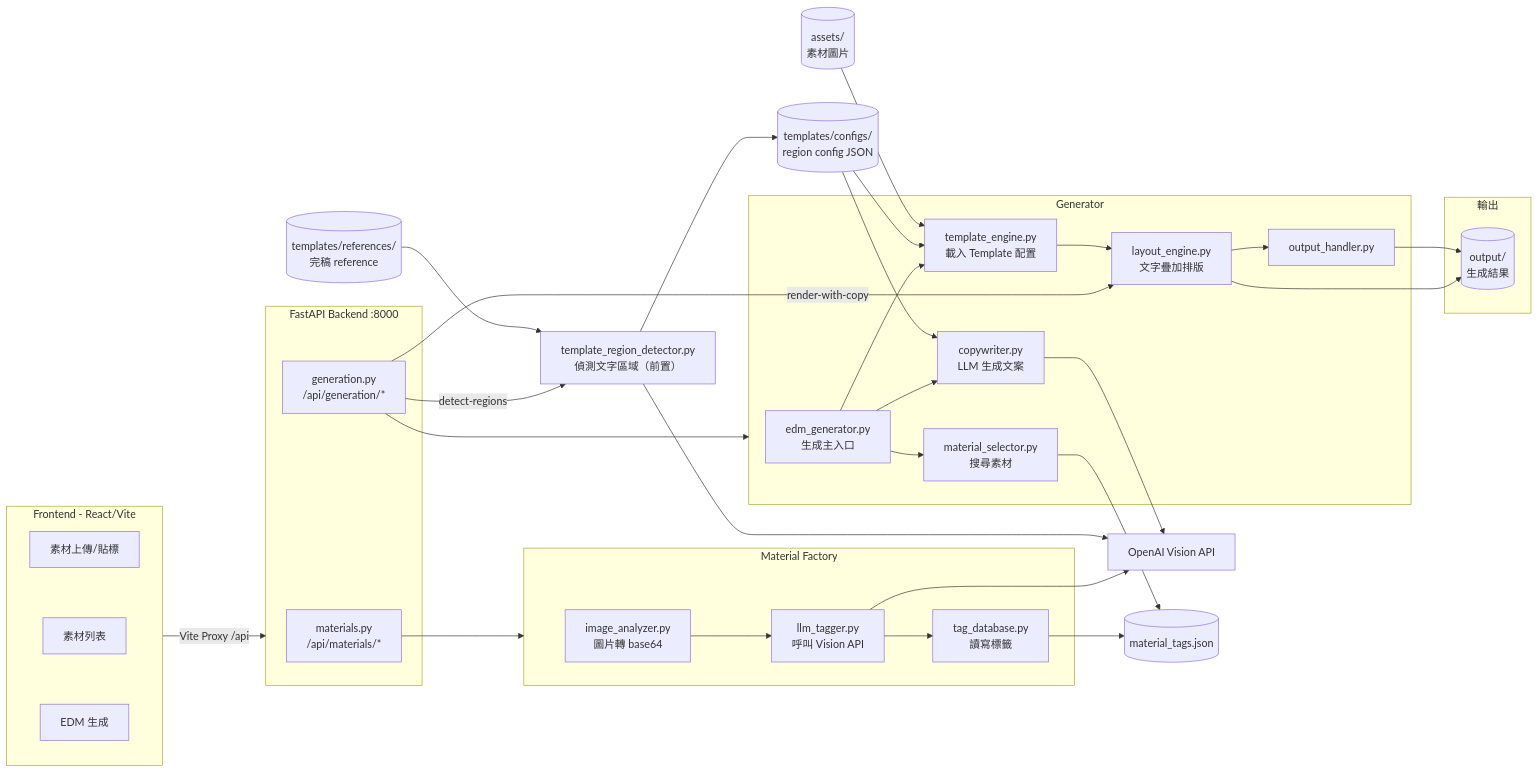
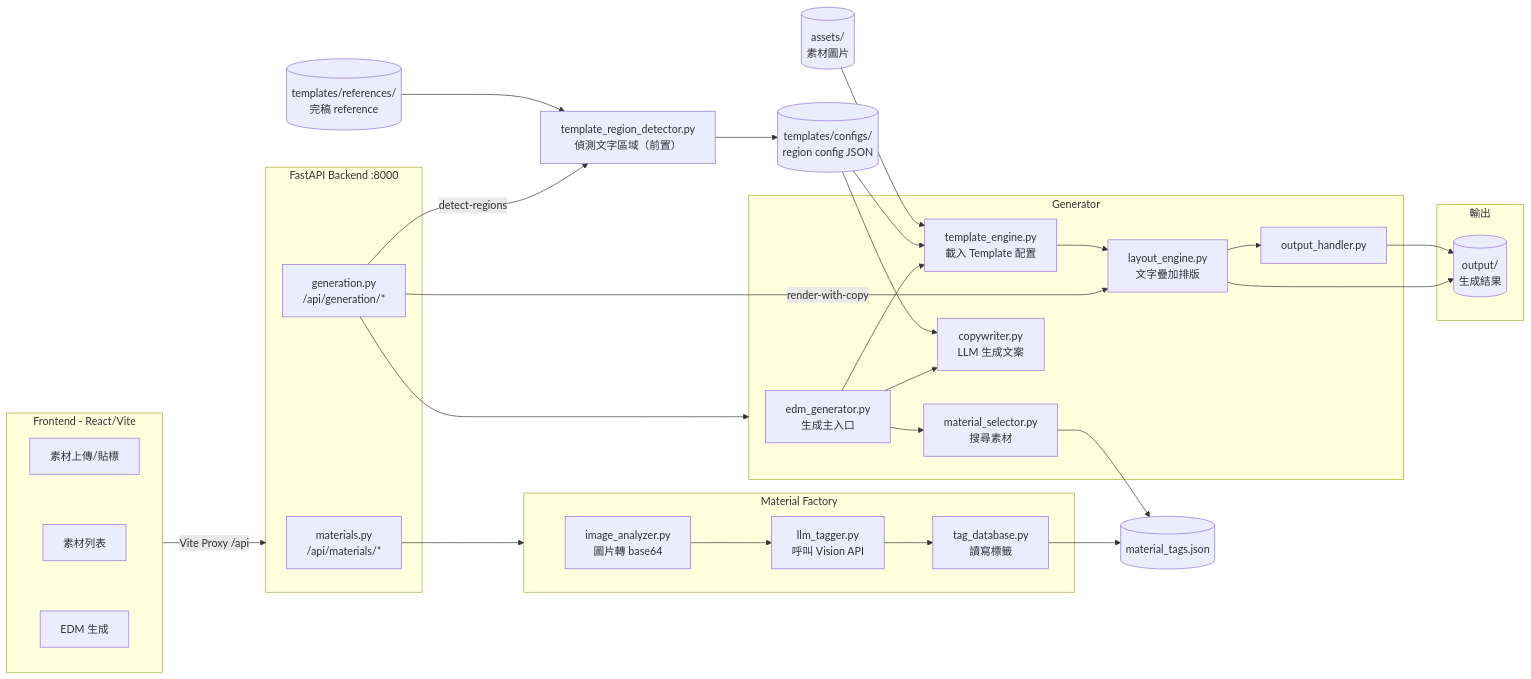
The diagram in docs/architecture.md (SamLai228/creative_agent), drawn with Mermaid before and after one commit.

Commit message:
docs: remove OpenAI Vision API node from architecture diagram

````diff
--- a/docs/architecture.md
+++ b/docs/architecture.md
@@ -3,71 +3,66 @@
 ```mermaid
 flowchart LR
     subgraph Frontend["Frontend - React/Vite"]
         direction TB
         UI_Upload["素材上傳/貼標"]
         UI_List["素材列表"]
         UI_Generate["EDM 生成"]
         UI_Upload ~~~ UI_List ~~~ UI_Generate
     end
 
     subgraph Backend["FastAPI Backend :8000"]
         R_Materials["materials.py<br/>/api/materials/*"]
         R_Generation["generation.py<br/>/api/generation/*"]
     end
 
     subgraph MaterialFactory["Material Factory"]
         ImageAnalyzer["image_analyzer.py<br/>圖片轉 base64"]
         LLMTagger["llm_tagger.py<br/>呼叫 Vision API"]
         TagDatabase["tag_database.py<br/>讀寫標籤"]
     end
 
     subgraph Generator["Generator"]
         EDMGenerator["edm_generator.py<br/>生成主入口"]
         MaterialSelector["material_selector.py<br/>搜尋素材"]
         TemplateEngine["template_engine.py<br/>載入 Template 配置"]
         LayoutEngine["layout_engine.py<br/>文字疊加排版"]
         Copywriter["copywriter.py<br/>LLM 生成文案"]
         OutputHandler["output_handler.py"]
     end
 
     RegionDetector["template_region_detector.py<br/>偵測文字區域（前置）"]
 
-    OpenAI["OpenAI Vision API"]
-
     DB[("material_tags.json")]
     Assets[("assets/<br/>素材圖片")]
     TplRefs[("templates/references/<br/>完稿 reference")]
     TplConfigs[("templates/configs/<br/>region config JSON")]
 
     subgraph OutputZone["輸出"]
         Output[("output/<br/>生成結果")]
     end
 
     Frontend -->|"Vite Proxy /api"| Backend
 
     R_Materials --> MaterialFactory
     R_Generation --> Generator
     R_Generation -->|"render-with-copy"| LayoutEngine
 
     ImageAnalyzer --> LLMTagger
-    LLMTagger --> OpenAI
     LLMTagger --> TagDatabase
     TagDatabase --> DB
 
     R_Generation -->|"detect-regions"| RegionDetector
     EDMGenerator --> MaterialSelector
     EDMGenerator --> Copywriter
     EDMGenerator --> TemplateEngine
     MaterialSelector --> DB
     TplRefs --> RegionDetector
-    RegionDetector --> OpenAI
     RegionDetector --> TplConfigs
     TplConfigs --> Copywriter
     TplConfigs --> TemplateEngine
-    Copywriter --> OpenAI
     Assets --> TemplateEngine
     TemplateEngine --> LayoutEngine
     LayoutEngine --> OutputHandler
     LayoutEngine --> Output
     OutputHandler --> Output
 ```
````
